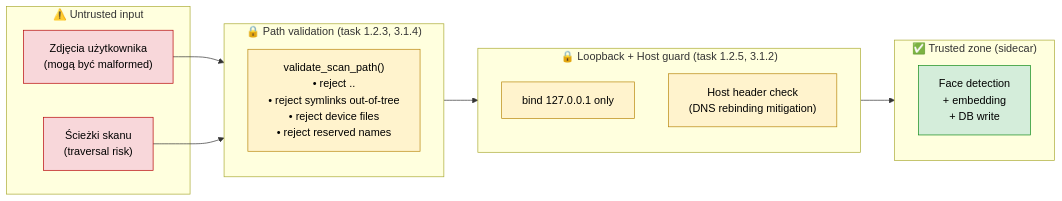
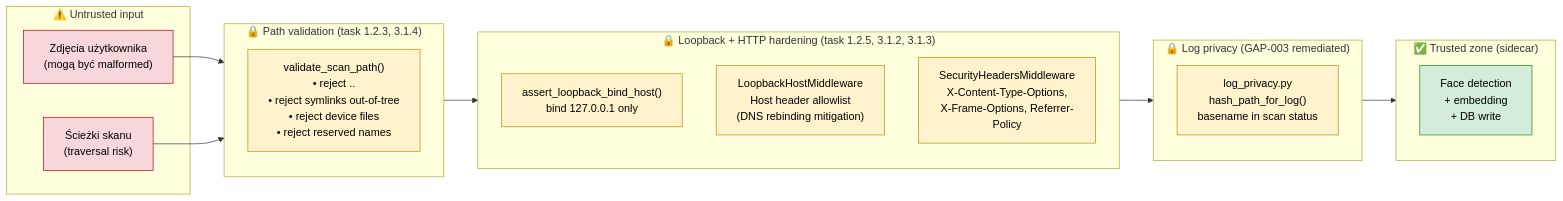
The sixth of 7 diagrams in docs/ARCHITECTURE.md (bialasq/photo-ai-detector), drawn with Mermaid before and after one commit. The commit also changed other lines of this file and 3 other files, not shown here.

Commit message:
docs: fix API drift in ARCHITECTURE, update README (AppData/Node20/GPU/v1), GAP statuses, add CONTRIBUTING (task 3.3.x)

````diff
--- a/docs/ARCHITECTURE.md
+++ b/docs/ARCHITECTURE.md
@@ -286,32 +290,38 @@
 ```mermaid
 graph LR
     subgraph Untrusted["⚠️ Untrusted input"]
         Photos["Zdjęcia użytkownika<br/>(mogą być malformed)"]
         Paths["Ścieżki skanu<br/>(traversal risk)"]
     end
 
     subgraph Boundary1["🔒 Path validation (task 1.2.3, 3.1.4)"]
         Validate["validate_scan_path()<br/>• reject ..<br/>• reject symlinks out-of-tree<br/>• reject device files<br/>• reject reserved names"]
     end
 
-    subgraph Boundary2["🔒 Loopback + Host guard (task 1.2.5, 3.1.2)"]
-        Loopback["bind 127.0.0.1 only"]
-        HostGuard["Host header check<br/>(DNS rebinding mitigation)"]
+    subgraph Boundary2["🔒 Loopback + HTTP hardening (task 1.2.5, 3.1.2, 3.1.3)"]
+        Loopback["assert_loopback_bind_host()<br/>bind 127.0.0.1 only"]
+        HostGuard["LoopbackHostMiddleware<br/>Host header allowlist<br/>(DNS rebinding mitigation)"]
+        SecHeaders["SecurityHeadersMiddleware<br/>X-Content-Type-Options,<br/>X-Frame-Options, Referrer-Policy"]
+    end
+
+    subgraph Boundary3["🔒 Log privacy (GAP-003 remediated)"]
+        LogHash["log_privacy.py<br/>hash_path_for_log()<br/>basename in scan status"]
     end
 
     subgraph Trusted["✅ Trusted zone (sidecar)"]
         Processing["Face detection<br/>+ embedding<br/>+ DB write"]
     end
 
     Photos --> Boundary1
     Paths --> Boundary1
     Boundary1 --> Boundary2
-    Boundary2 --> Trusted
+    Boundary2 --> Boundary3
+    Boundary3 --> Trusted
 
     classDef untrusted fill:#f8d7da,stroke:#b60205,color:#000
     classDef boundary fill:#fff3cd,stroke:#b8860b,color:#000
     classDef trusted fill:#d4edda,stroke:#0e8a16,color:#000
     class Photos,Paths untrusted
-    class Validate,Loopback,HostGuard boundary
+    class Validate,Loopback,HostGuard,SecHeaders,LogHash boundary
     class Processing trusted
 ```
````
